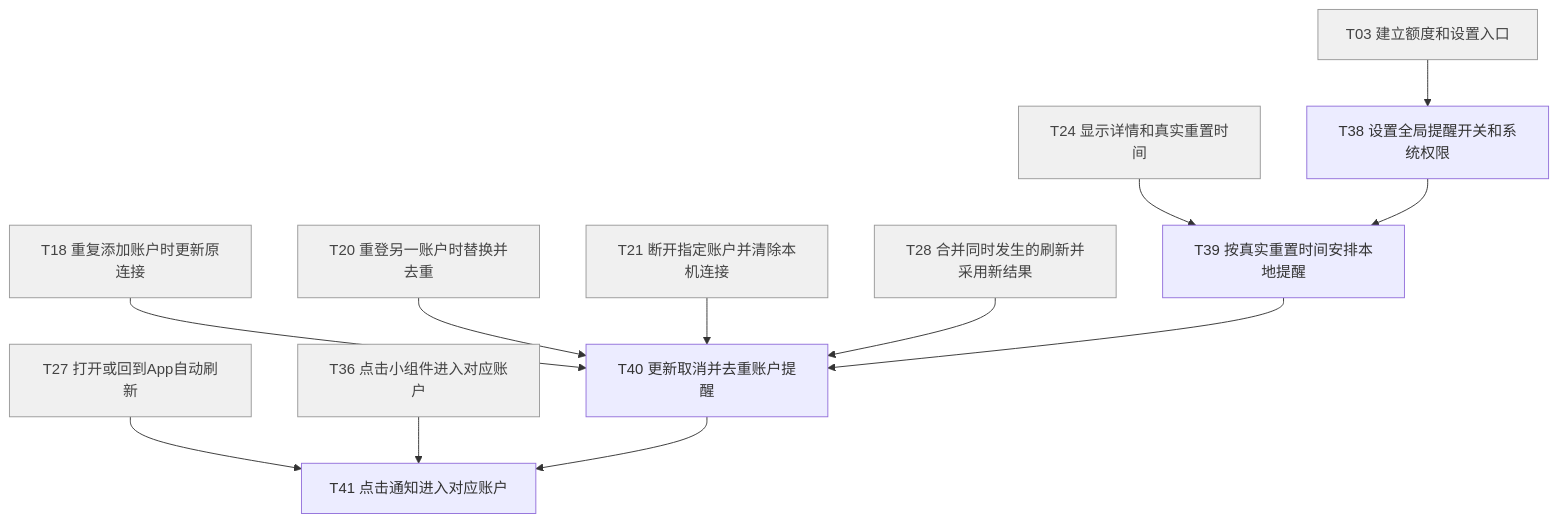
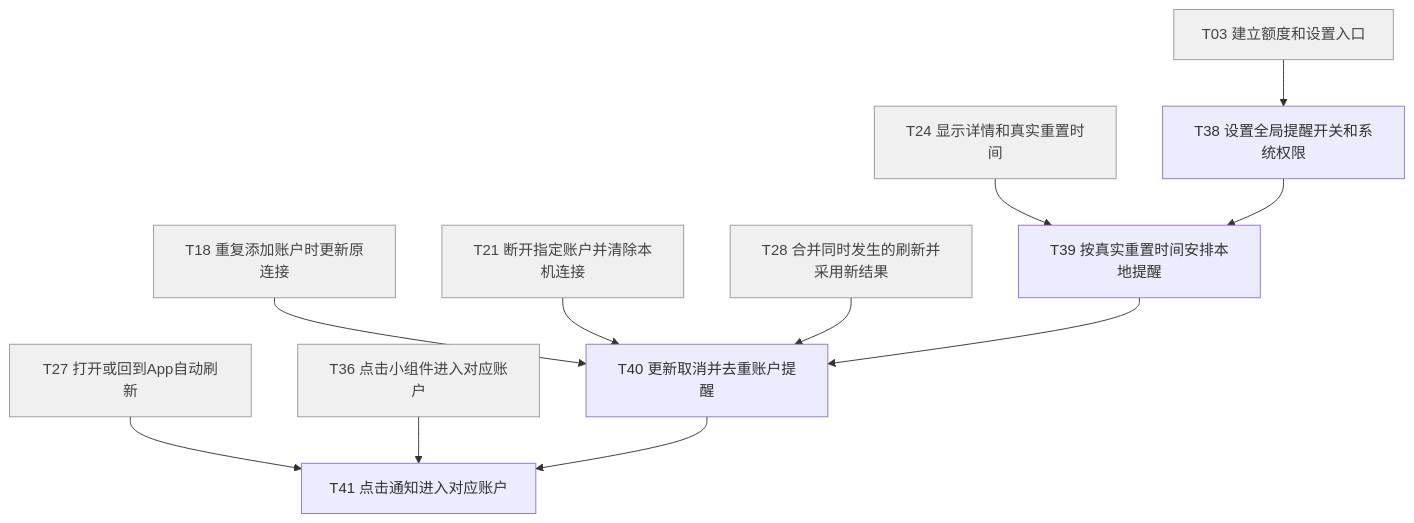
The seventh of 9 diagrams in docs/mvp任务清单/README.md (fsylviaa/subscription-usage-monitor), drawn with Mermaid before and after one commit. The commit also changed other lines of this file and 43 other files, not shown here.

````diff
--- a/docs/mvp任务清单/README.md
+++ b/docs/mvp任务清单/README.md
@@ -345,27 +339,25 @@
 ```mermaid
 flowchart TD
   T28["T28 合并同时发生的刷新并采用新结果"]:::prior
   T03["T03 建立额度和设置入口"]:::prior
   T18["T18 重复添加账户时更新原连接"]:::prior
-  T20["T20 重登另一账户时替换并去重"]:::prior
   T21["T21 断开指定账户并清除本机连接"]:::prior
   T24["T24 显示详情和真实重置时间"]:::prior
   T27["T27 打开或回到App自动刷新"]:::prior
   T36["T36 点击小组件进入对应账户"]:::prior
   T38["T38 设置全局提醒开关和系统权限"]
   T39["T39 按真实重置时间安排本地提醒"]
   T40["T40 更新取消并去重账户提醒"]
   T41["T41 点击通知进入对应账户"]
   T03 --> T38
   T24 --> T39
   T38 --> T39
   T18 --> T40
-  T20 --> T40
   T21 --> T40
   T28 --> T40
   T39 --> T40
   T27 --> T41
   T36 --> T41
   T40 --> T41
   classDef prior fill:#f0f0f0,stroke:#999,color:#444
 ```
````
